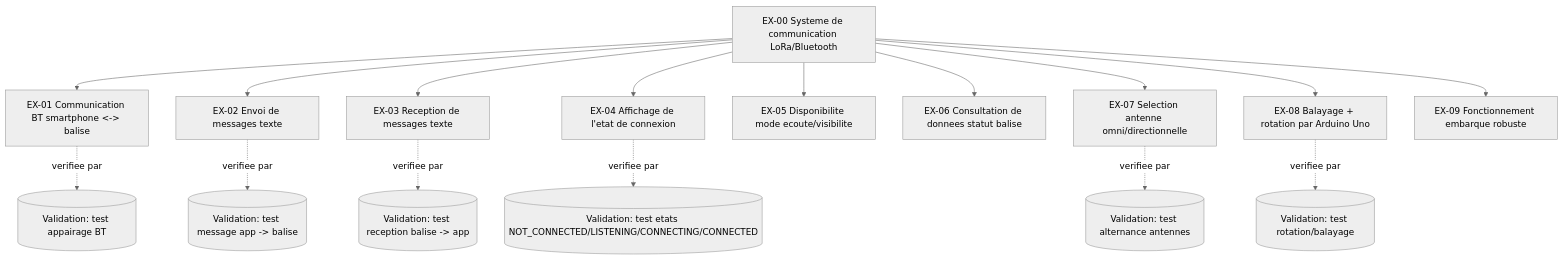
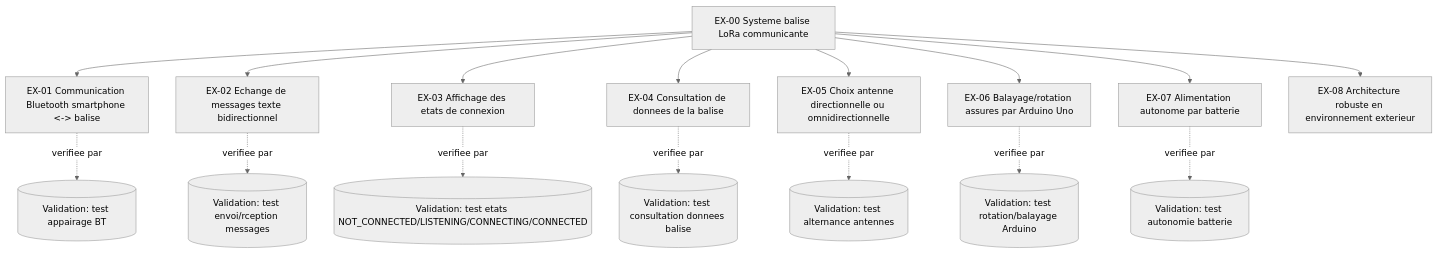
One commit to SHU445/Projet-LoRa-72h changed the second of 6 diagrams in Diagrammes_SysML_Projet_LoRa.md. Above: the diagram before and after it, drawn with Mermaid (neutral theme). The commit also changed other lines of this file, not shown here.

````diff
--- a/Diagrammes_SysML_Projet_LoRa.md
+++ b/Diagrammes_SysML_Projet_LoRa.md
@@ -65,38 +72,38 @@
 ```mermaid
 flowchart TD
-    EX0[EX-00 Systeme de communication LoRa/Bluetooth]
+    EX0[EX-00 Systeme balise LoRa communicante]
 
-    EX1[EX-01 Communication BT smartphone <-> balise]
-    EX2[EX-02 Envoi de messages texte]
-    EX3[EX-03 Reception de messages texte]
-    EX4[EX-04 Affichage de l'etat de connexion]
-    EX5[EX-05 Disponibilite mode ecoute/visibilite]
-    EX6[EX-06 Consultation de donnees statut balise]
-    EX7[EX-07 Selection antenne omni/directionnelle]
-    EX8[EX-08 Balayage + rotation par Arduino Uno]
-    EX9[EX-09 Fonctionnement embarque robuste]
+    EX1[EX-01 Communication Bluetooth smartphone <-> balise]
+    EX2[EX-02 Echange de messages texte bidirectionnel]
+    EX3[EX-03 Affichage des etats de connexion]
+    EX4[EX-04 Consultation de donnees de la balise]
+    EX5[EX-05 Choix antenne directionnelle ou omnidirectionnelle]
+    EX6[EX-06 Balayage/rotation assures par Arduino Uno]
+    EX7[EX-07 Alimentation autonome par batterie]
+    EX8[EX-08 Architecture robuste en environnement exterieur]
 
     EX0 --> EX1
     EX0 --> EX2
     EX0 --> EX3
     EX0 --> EX4
     EX0 --> EX5
     EX0 --> EX6
     EX0 --> EX7
     EX0 --> EX8
-    EX0 --> EX9
 
     V1[(Validation: test appairage BT)]
-    V2[(Validation: test message app -> balise)]
-    V3[(Validation: test reception balise -> app)]
-    V4[(Validation: test etats NOT_CONNECTED/LISTENING/CONNECTING/CONNECTED)]
+    V2[(Validation: test envoi/rception messages)]
+    V3[(Validation: test etats NOT_CONNECTED/LISTENING/CONNECTING/CONNECTED)]
+    V4[(Validation: test consultation donnees balise)]
     V5[(Validation: test alternance antennes)]
-    V6[(Validation: test rotation/balayage)]
+    V6[(Validation: test rotation/balayage Arduino)]
+    V7[(Validation: test autonomie batterie)]
 
     EX1 -.verifiee par.-> V1
     EX2 -.verifiee par.-> V2
     EX3 -.verifiee par.-> V3
     EX4 -.verifiee par.-> V4
-    EX7 -.verifiee par.-> V5
-    EX8 -.verifiee par.-> V6
+    EX5 -.verifiee par.-> V5
+    EX6 -.verifiee par.-> V6
+    EX7 -.verifiee par.-> V7
 ```
````
